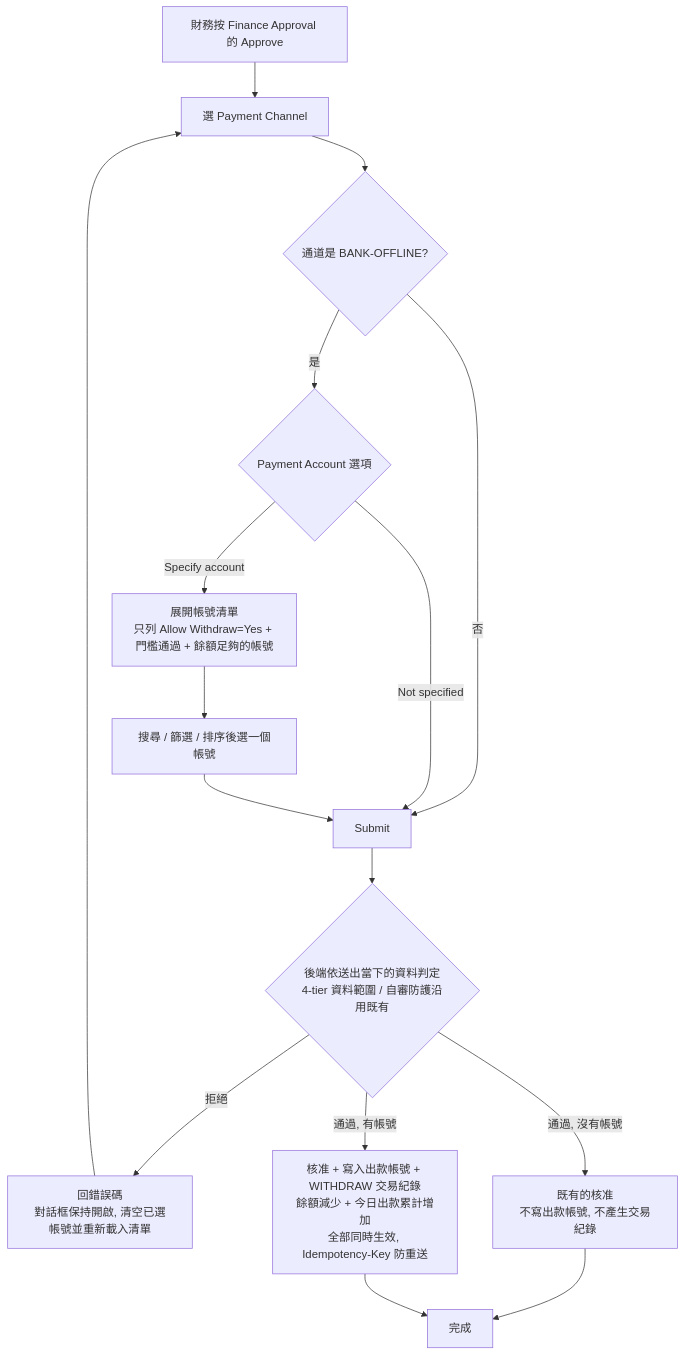
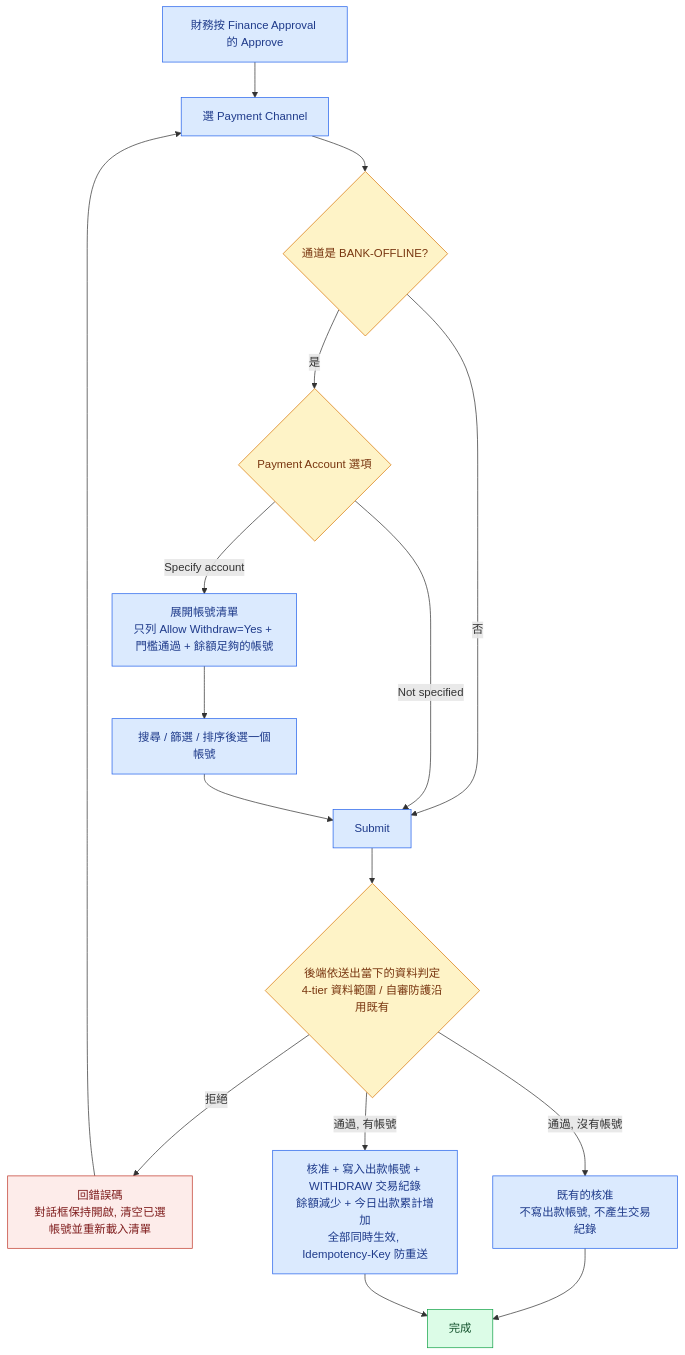
The diagram in withdraw-payment-account/withdraw_payment_account_flow_approve.mmd (guswei/betally-bo-mockup), drawn with Mermaid before and after one commit. The commit also changed 7 other files, not shown here.

First line of the commit message:
Color payment account flowcharts and link PNGs from the PRD

```diff
--- a/withdraw-payment-account/withdraw_payment_account_flow_approve.mmd
+++ b/withdraw-payment-account/withdraw_payment_account_flow_approve.mmd
@@ -1,16 +1,24 @@
 flowchart TD
     A[財務按 Finance Approval 的 Approve] --> B[選 Payment Channel]
     B --> C{通道是 BANK-OFFLINE?}
     C -- 否 --> S[Submit]
     C -- 是 --> D{Payment Account 選項}
     D -- Not specified --> S
     D -- Specify account --> E[展開帳號清單<br/>只列 Allow Withdraw=Yes + 門檻通過 + 餘額足夠的帳號]
     E --> F[搜尋 / 篩選 / 排序後選一個帳號]
     F --> S
     S --> V{後端依送出當下的資料判定<br/>4-tier 資料範圍 / 自審防護沿用既有}
     V -- 拒絕 --> X[回錯誤碼<br/>對話框保持開啟, 清空已選帳號並重新載入清單]
     X --> B
     V -- 通過, 沒有帳號 --> T1[既有的核准<br/>不寫出款帳號, 不產生交易紀錄]
     V -- 通過, 有帳號 --> T2[核准 + 寫入出款帳號 + WITHDRAW 交易紀錄<br/>餘額減少 + 今日出款累計增加<br/>全部同時生效, Idempotency-Key 防重送]
     T1 --> Z[完成]
     T2 --> Z
+    classDef step fill:#dbeafe,stroke:#2563eb,color:#1e3a8a
+    classDef dec  fill:#fef3c7,stroke:#d97706,color:#78350f
+    classDef stop fill:#fdecea,stroke:#c0392b,color:#7f1d1d
+    classDef done fill:#dcfce7,stroke:#16a34a,color:#14532d
+    class A,B,E,F,S,T1,T2 step
+    class C,D,V dec
+    class X stop
+    class Z done
```
